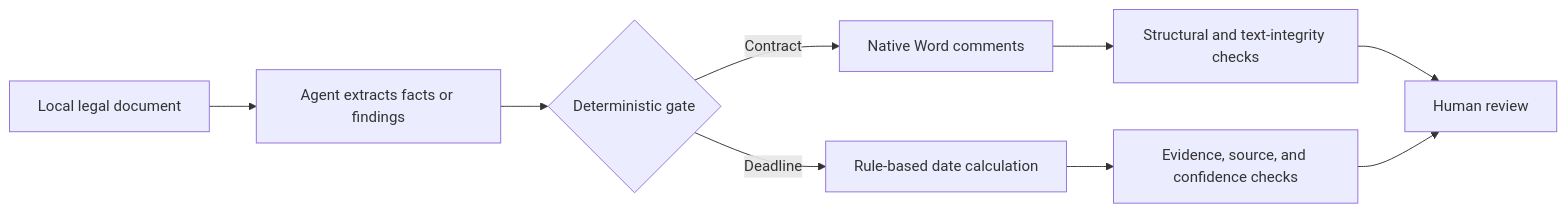
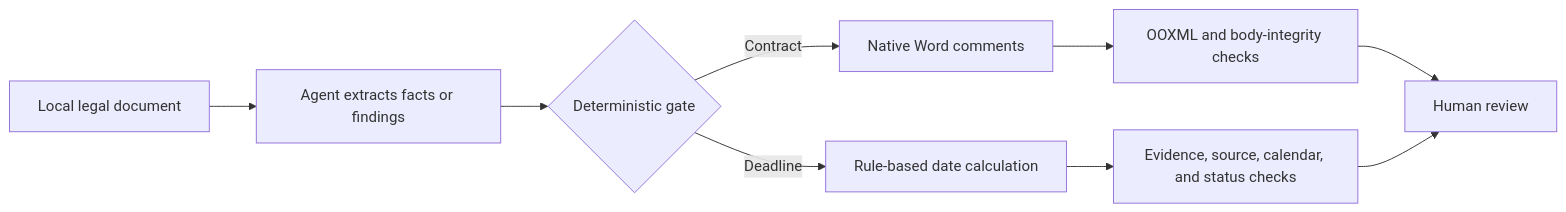
The diagram in README.md (qwertyzhu/openlawkit), drawn with Mermaid before and after one commit. The commit also changed other lines of this file and 25 other files, not shown here.

````diff
--- a/README.md
+++ b/README.md
@@ -21,11 +92,11 @@
 ```mermaid
 flowchart LR
     A["Local legal document"] --> B["Agent extracts facts or findings"]
     B --> C{"Deterministic gate"}
     C -->|"Contract"| D["Native Word comments"]
     C -->|"Deadline"| E["Rule-based date calculation"]
-    D --> F["Structural and text-integrity checks"]
-    E --> G["Evidence, source, and confidence checks"]
+    D --> F["OOXML and body-integrity checks"]
+    E --> G["Evidence, source, calendar, and status checks"]
     F --> H["Human review"]
     G --> H
 ```
````
